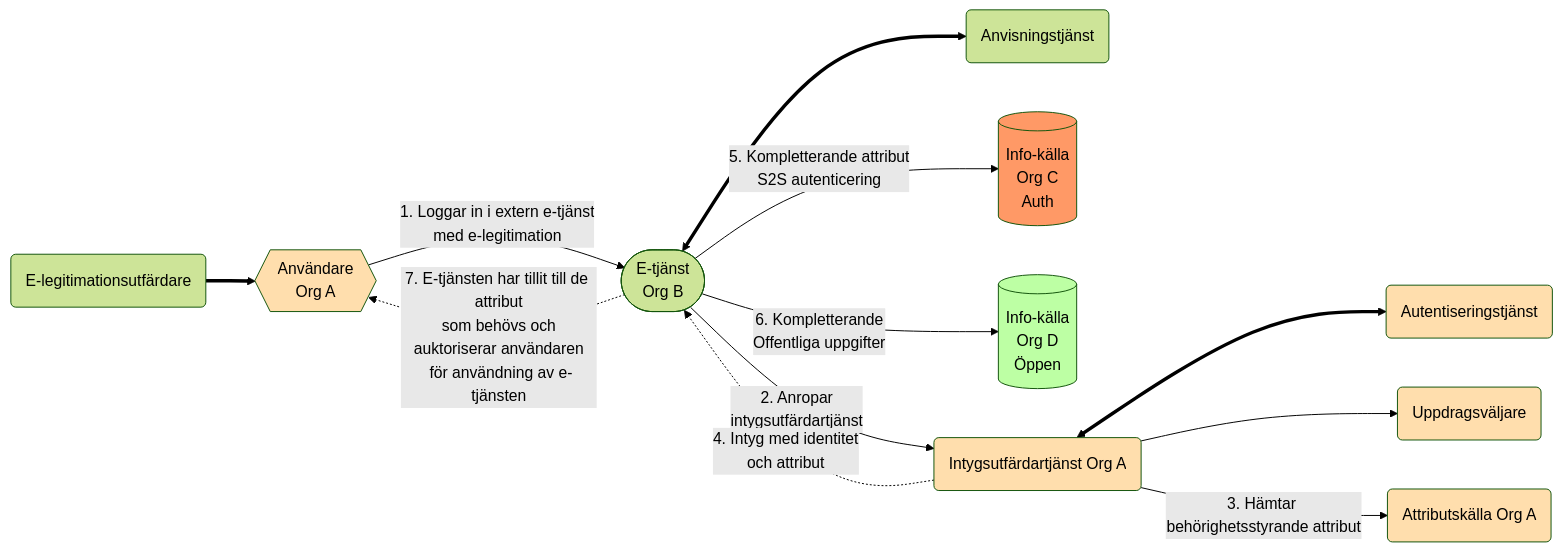
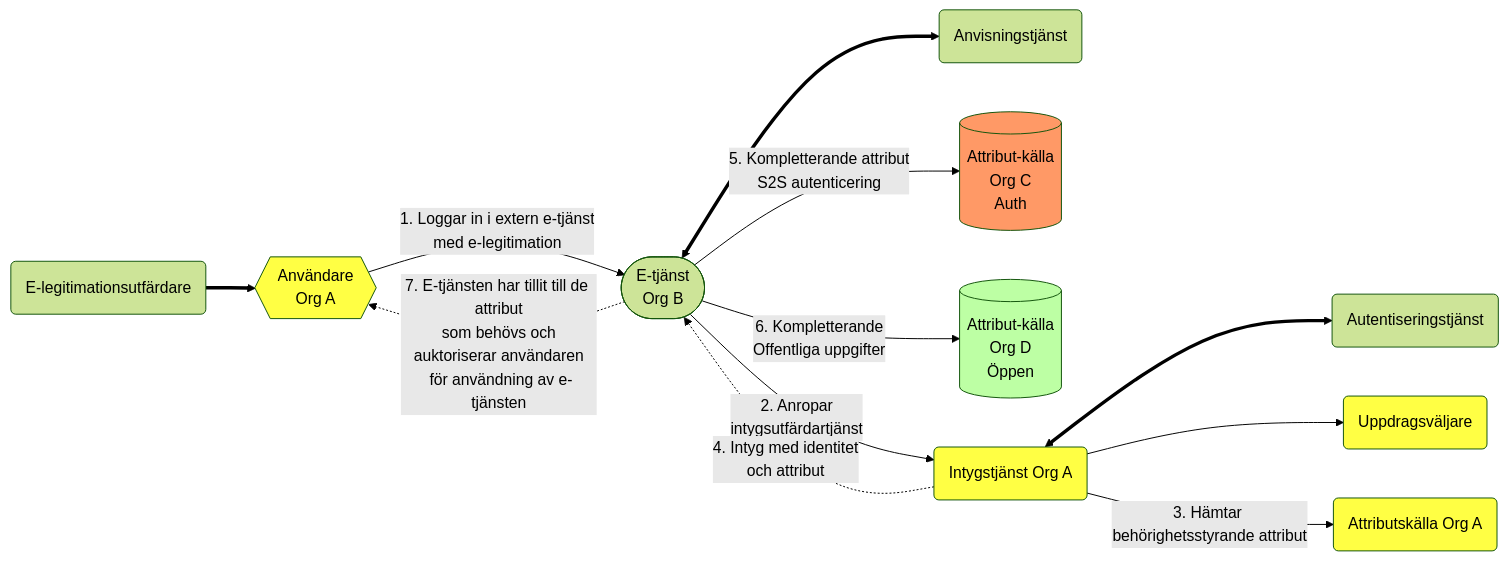
The diagram in architecture/technical-federation-architecture.md (diggsweden/ena-authorization), drawn with Mermaid (forest theme) before and after one commit. The commit also changed other lines of this file, not shown here.

````diff
--- a/architecture/technical-federation-architecture.md
+++ b/architecture/technical-federation-architecture.md
@@ -3,27 +3,27 @@
 ```mermaid
 flowchart LR
-classDef Amber color:#000000,fill:#FFDEAD
+classDef Amber color:#000000,fill:#FFFF44
 classDef Green color:#000000,fill:#BDFFA4
 classDef orange color:#000000,fill:#f96
 A{{Användare<br>Org A}}:::Amber
 B([E-tjänst<br>Org B])
 C(Anvisningstjänst)
-D[(Info-källa<br>Org C<br>Auth)]:::orange
-E[(Info-källa<br>Org D<br>Öppen)]:::Green
-F(Intygsutfärdartjänst Org A):::Amber
-G(Autentiseringstjänst):::Amber
+D[(Attribut-källa<br>Org C<br>Auth)]:::orange
+E[(Attribut-källa<br>Org D<br>Öppen)]:::Green
+F(Intygstjänst Org A):::Amber
+G(Autentiseringstjänst)
 H(Uppdragsväljare):::Amber
 I(Attributskälla Org A):::Amber
 J(E-legitimationsutfärdare)
 J ==> A
 A -->|1. Loggar in i extern e-tjänst<br> med e-legitimation | B
 B <==> C
 B --> |2. Anropar<br>intygsutfärdartjänst| F
 F <==> G
 F --> H
 F --> |3. Hämtar behörighetsstyrande attribut| I
 F -.-> |4. Intyg med identitet<br>och attribut| B
 B -->|5. Kompletterande attribut<br>S2S autenticering| D
 B --> |6. Kompletterande<br>Offentliga uppgifter| E
 B-.->|7. E-tjänsten har tillit till de attribut<br> som behövs och auktoriserar användaren<br> för användning av e-tjänsten |A
 ```
````
